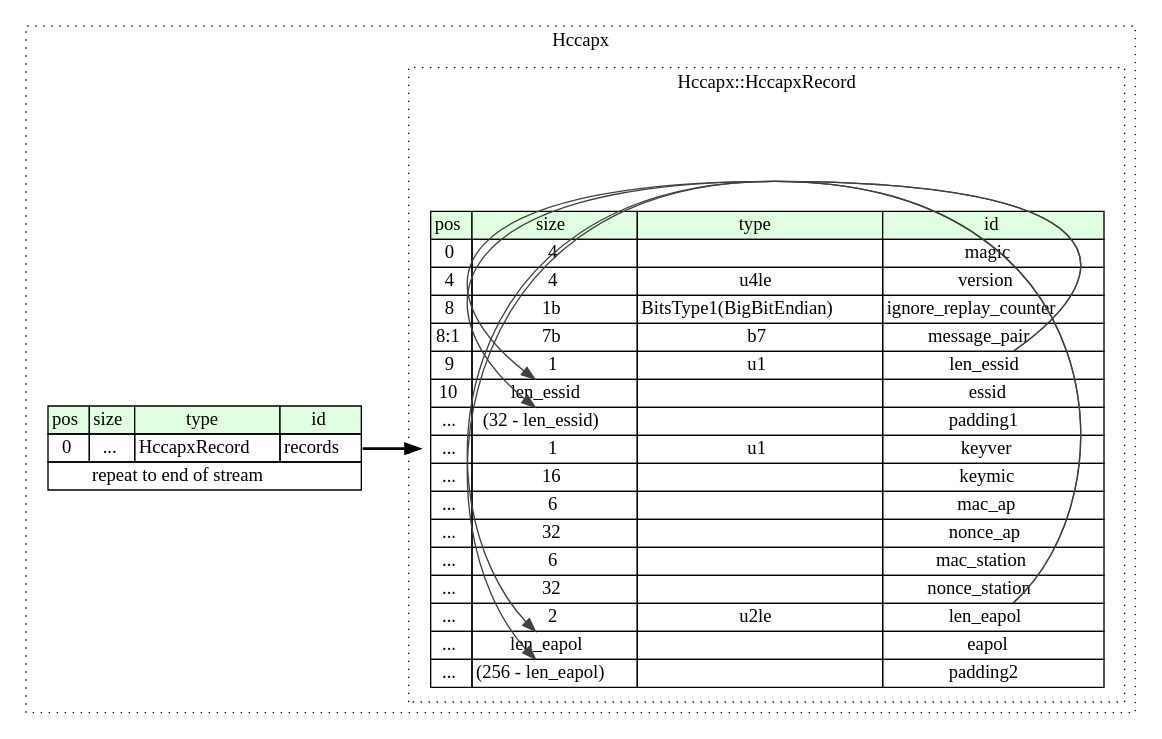
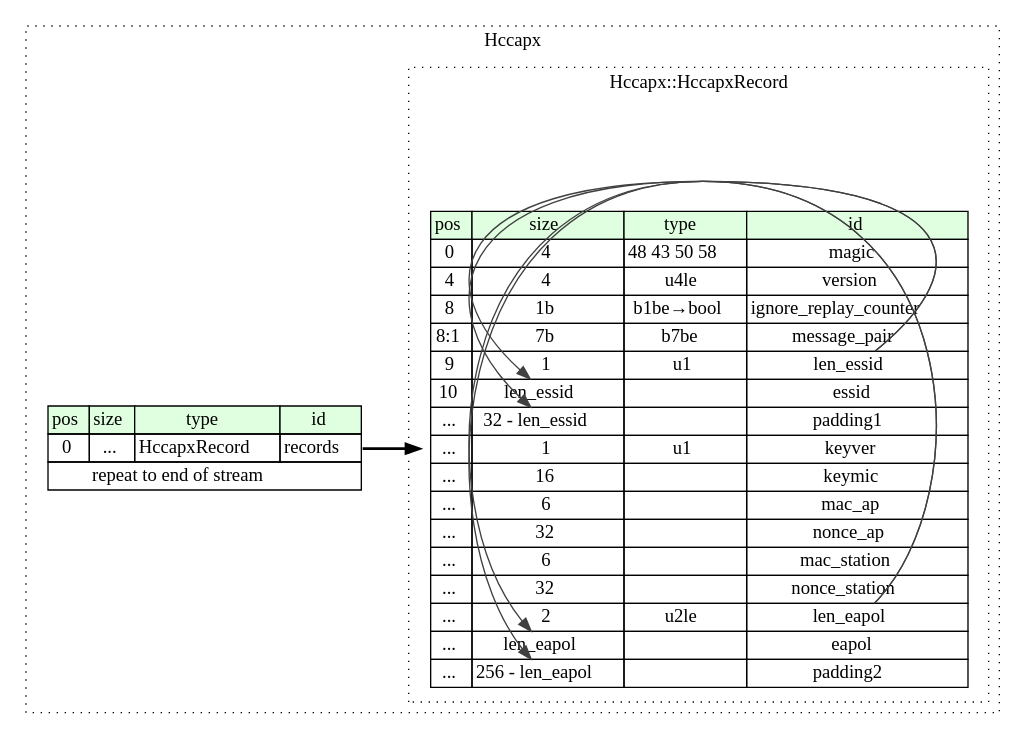
One commit to kaitai-io/formats-kaitai-io.github.io changed the diagram in hccapx/src/graphviz/hccapx.dot. Above: the diagram before and after it, drawn with Graphviz. The commit also changed 6539 other files, not shown here.

```diff
--- a/hccapx/src/graphviz/hccapx.dot
+++ b/hccapx/src/graphviz/hccapx.dot
@@ -1,43 +1,43 @@
 digraph {
 	rankdir=LR;
 	node [shape=plaintext];
 	subgraph cluster__hccapx {
 		label="Hccapx";
 		graph[style=dotted];
 
 		hccapx__seq [label=<<TABLE BORDER="0" CELLBORDER="1" CELLSPACING="0">
 			<TR><TD BGCOLOR="#E0FFE0">pos</TD><TD BGCOLOR="#E0FFE0">size</TD><TD BGCOLOR="#E0FFE0">type</TD><TD BGCOLOR="#E0FFE0">id</TD></TR>
 			<TR><TD PORT="records_pos">0</TD><TD PORT="records_size">...</TD><TD>HccapxRecord</TD><TD PORT="records_type">records</TD></TR>
 			<TR><TD COLSPAN="4" PORT="records__repeat">repeat to end of stream</TD></TR>
 		</TABLE>>];
 		subgraph cluster__hccapx_record {
 			label="Hccapx::HccapxRecord";
 			graph[style=dotted];
 
 			hccapx_record__seq [label=<<TABLE BORDER="0" CELLBORDER="1" CELLSPACING="0">
 				<TR><TD BGCOLOR="#E0FFE0">pos</TD><TD BGCOLOR="#E0FFE0">size</TD><TD BGCOLOR="#E0FFE0">type</TD><TD BGCOLOR="#E0FFE0">id</TD></TR>
-				<TR><TD PORT="magic_pos">0</TD><TD PORT="magic_size">4</TD><TD></TD><TD PORT="magic_type">magic</TD></TR>
+				<TR><TD PORT="magic_pos">0</TD><TD PORT="magic_size">4</TD><TD>48 43 50 58</TD><TD PORT="magic_type">magic</TD></TR>
 				<TR><TD PORT="version_pos">4</TD><TD PORT="version_size">4</TD><TD>u4le</TD><TD PORT="version_type">version</TD></TR>
-				<TR><TD PORT="ignore_replay_counter_pos">8</TD><TD PORT="ignore_replay_counter_size">1b</TD><TD>BitsType1(BigBitEndian)</TD><TD PORT="ignore_replay_counter_type">ignore_replay_counter</TD></TR>
-				<TR><TD PORT="message_pair_pos">8:1</TD><TD PORT="message_pair_size">7b</TD><TD>b7</TD><TD PORT="message_pair_type">message_pair</TD></TR>
+				<TR><TD PORT="ignore_replay_counter_pos">8</TD><TD PORT="ignore_replay_counter_size">1b</TD><TD>b1be→bool</TD><TD PORT="ignore_replay_counter_type">ignore_replay_counter</TD></TR>
+				<TR><TD PORT="message_pair_pos">8:1</TD><TD PORT="message_pair_size">7b</TD><TD>b7be</TD><TD PORT="message_pair_type">message_pair</TD></TR>
 				<TR><TD PORT="len_essid_pos">9</TD><TD PORT="len_essid_size">1</TD><TD>u1</TD><TD PORT="len_essid_type">len_essid</TD></TR>
 				<TR><TD PORT="essid_pos">10</TD><TD PORT="essid_size">len_essid</TD><TD></TD><TD PORT="essid_type">essid</TD></TR>
-				<TR><TD PORT="padding1_pos">...</TD><TD PORT="padding1_size">(32 - len_essid)</TD><TD></TD><TD PORT="padding1_type">padding1</TD></TR>
+				<TR><TD PORT="padding1_pos">...</TD><TD PORT="padding1_size">32 - len_essid</TD><TD></TD><TD PORT="padding1_type">padding1</TD></TR>
 				<TR><TD PORT="keyver_pos">...</TD><TD PORT="keyver_size">1</TD><TD>u1</TD><TD PORT="keyver_type">keyver</TD></TR>
 				<TR><TD PORT="keymic_pos">...</TD><TD PORT="keymic_size">16</TD><TD></TD><TD PORT="keymic_type">keymic</TD></TR>
 				<TR><TD PORT="mac_ap_pos">...</TD><TD PORT="mac_ap_size">6</TD><TD></TD><TD PORT="mac_ap_type">mac_ap</TD></TR>
 				<TR><TD PORT="nonce_ap_pos">...</TD><TD PORT="nonce_ap_size">32</TD><TD></TD><TD PORT="nonce_ap_type">nonce_ap</TD></TR>
 				<TR><TD PORT="mac_station_pos">...</TD><TD PORT="mac_station_size">6</TD><TD></TD><TD PORT="mac_station_type">mac_station</TD></TR>
 				<TR><TD PORT="nonce_station_pos">...</TD><TD PORT="nonce_station_size">32</TD><TD></TD><TD PORT="nonce_station_type">nonce_station</TD></TR>
 				<TR><TD PORT="len_eapol_pos">...</TD><TD PORT="len_eapol_size">2</TD><TD>u2le</TD><TD PORT="len_eapol_type">len_eapol</TD></TR>
 				<TR><TD PORT="eapol_pos">...</TD><TD PORT="eapol_size">len_eapol</TD><TD></TD><TD PORT="eapol_type">eapol</TD></TR>
-				<TR><TD PORT="padding2_pos">...</TD><TD PORT="padding2_size">(256 - len_eapol)</TD><TD></TD><TD PORT="padding2_type">padding2</TD></TR>
+				<TR><TD PORT="padding2_pos">...</TD><TD PORT="padding2_size">256 - len_eapol</TD><TD></TD><TD PORT="padding2_type">padding2</TD></TR>
 			</TABLE>>];
 		}
 	}
 	hccapx__seq:records_type -> hccapx_record__seq [style=bold];
 	hccapx_record__seq:len_essid_type -> hccapx_record__seq:essid_size [color="#404040"];
 	hccapx_record__seq:len_essid_type -> hccapx_record__seq:padding1_size [color="#404040"];
 	hccapx_record__seq:len_eapol_type -> hccapx_record__seq:eapol_size [color="#404040"];
 	hccapx_record__seq:len_eapol_type -> hccapx_record__seq:padding2_size [color="#404040"];
 }
```
